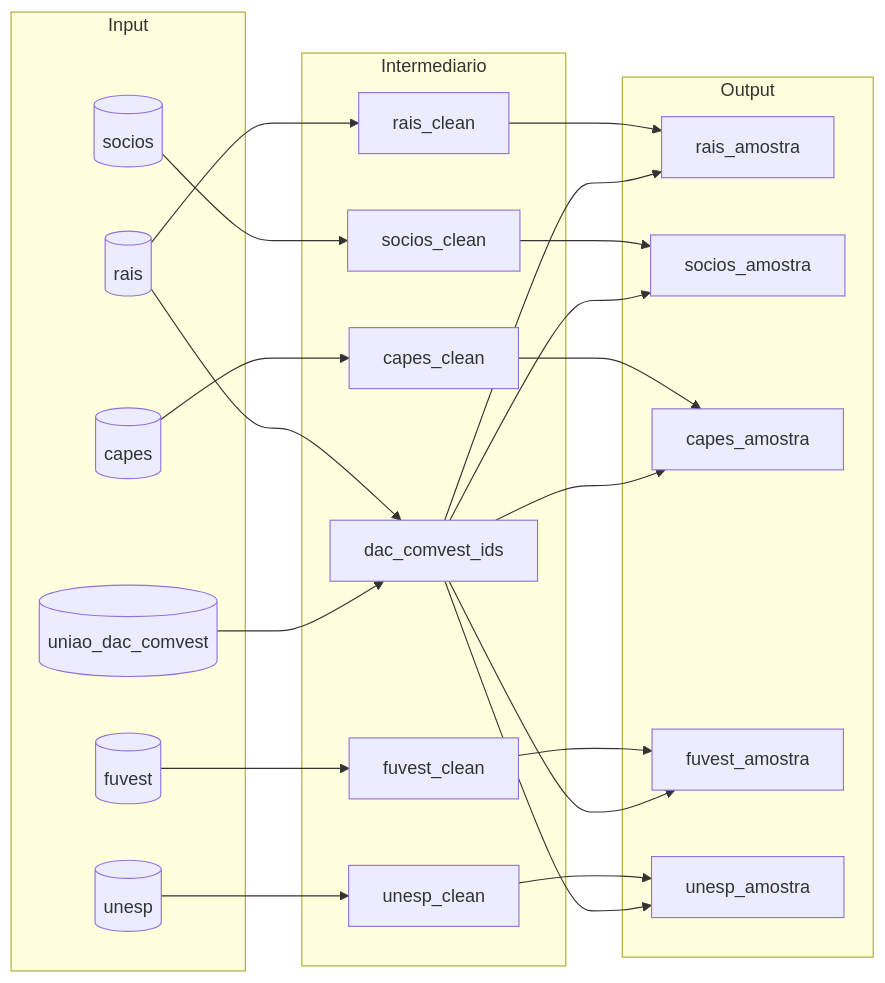
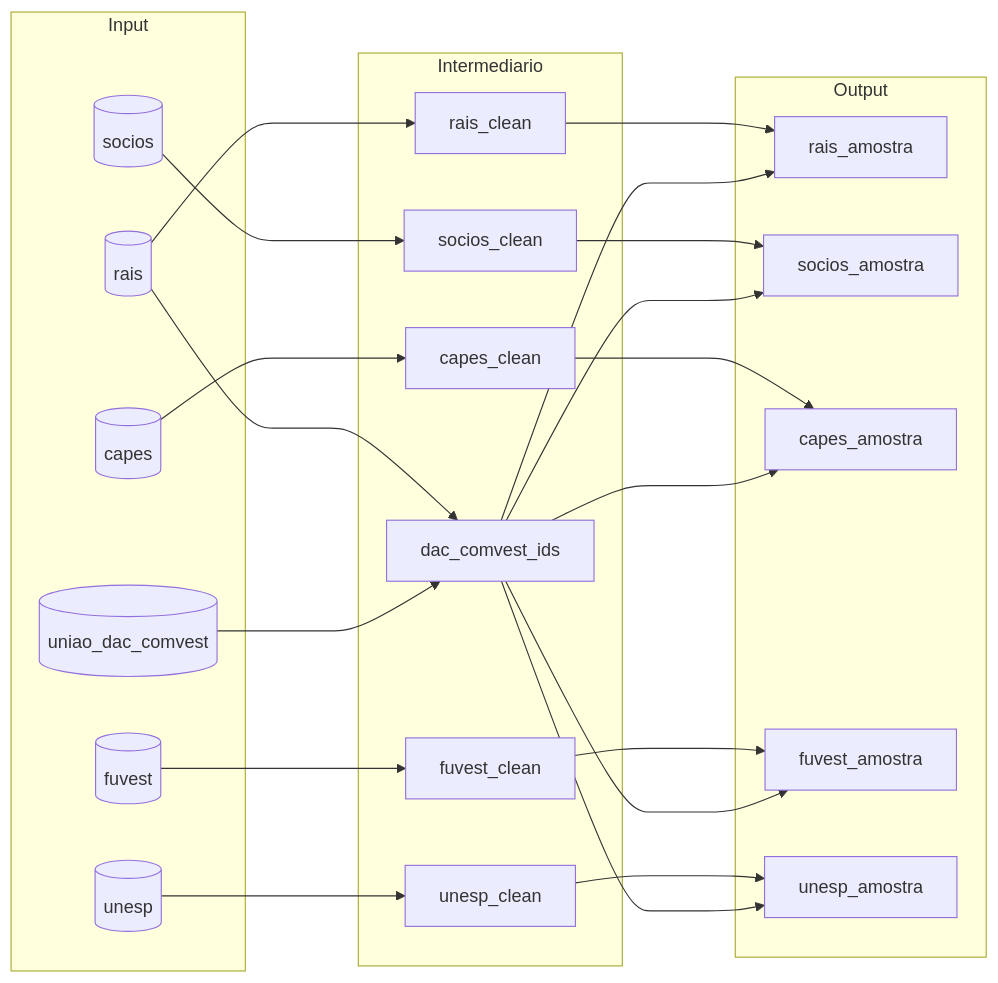
The diagram in rais/flowchart.md (rjazevedo/dados-unicamp), drawn with Mermaid before and after one commit.

Commit message:
Aumenta distancia das flechas

````diff
--- a/rais/flowchart.md
+++ b/rais/flowchart.md
@@ -1,42 +1,43 @@
 ```mermaid
 flowchart LR
     subgraph Input
     uniao_dac_comvest[(uniao_dac_comvest)]
     rais[(rais)]
     socios[(socios)]
     capes[(capes)]
     fuvest[(fuvest)]
     unesp[(unesp)]
     end
 
     subgraph Intermediario
     dac_comvest_ids[dac_comvest_ids]
     rais_clean[rais_clean]
     socios_clean[socios_clean]
     capes_clean[capes_clean]
     fuvest_clean[fuvest_clean]
     unesp_clean[unesp_clean]
 
     end
     
     subgraph Output
     rais_amostra[rais_amostra]
     socios_amostra[socios_amostra]
     capes_amostra[capes_amostra]
     fuvest_amostra[fuvest_amostra]
     unesp_amostra[unesp_amostra]
     end
 
-    rais & uniao_dac_comvest --> dac_comvest_ids
-    rais --> rais_clean
-    socios --> socios_clean
-    capes --> capes_clean
-    fuvest --> fuvest_clean
-    unesp --> unesp_clean
+    rais & uniao_dac_comvest ---> dac_comvest_ids
+    rais ---> rais_clean
+    socios ---> socios_clean
+    capes ---> capes_clean
+    fuvest ---> fuvest_clean
+    unesp ---> unesp_clean
 
-    rais_clean & dac_comvest_ids --> rais_amostra
-    socios_clean & dac_comvest_ids --> socios_amostra
-    capes_clean & dac_comvest_ids --> capes_amostra
-    fuvest_clean & dac_comvest_ids --> fuvest_amostra
-    unesp_clean & dac_comvest_ids --> unesp_amostra
+    rais_clean & dac_comvest_ids ---> rais_amostra
+    socios_clean & dac_comvest_ids ---> socios_amostra
+    capes_clean & dac_comvest_ids ---> capes_amostra
+    fuvest_clean & dac_comvest_ids ---> fuvest_amostra
+    unesp_clean & dac_comvest_ids ---> unesp_amostra
+
 ```
````
